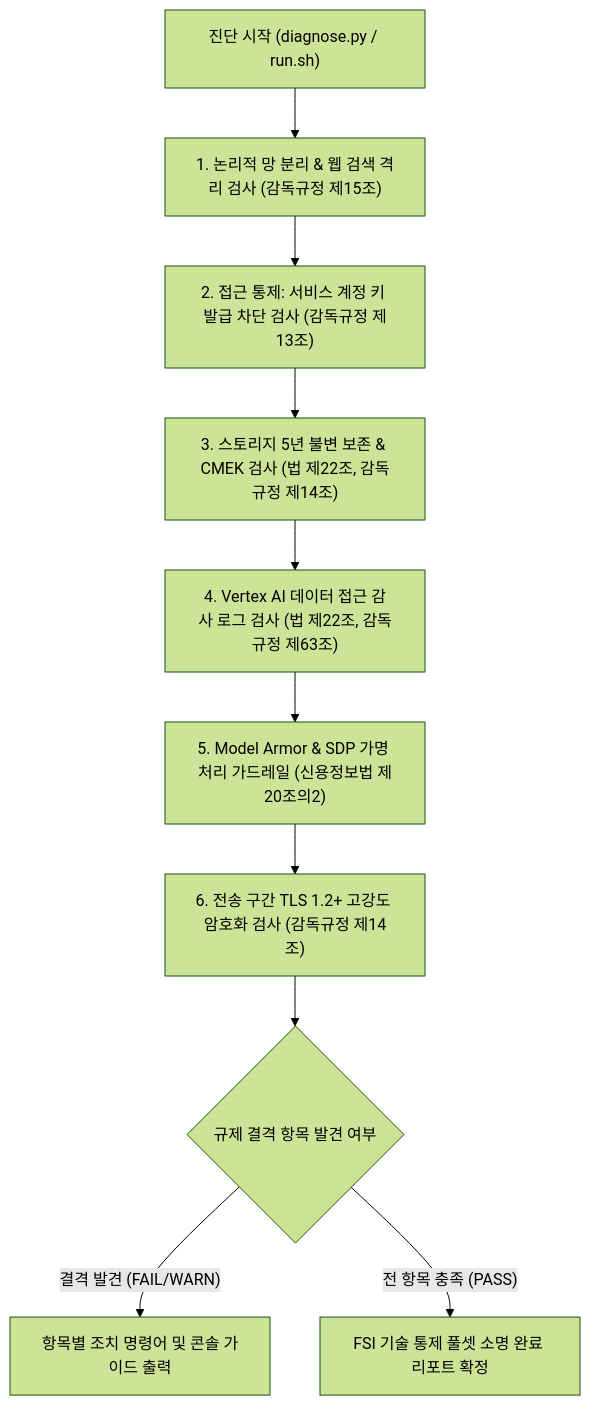
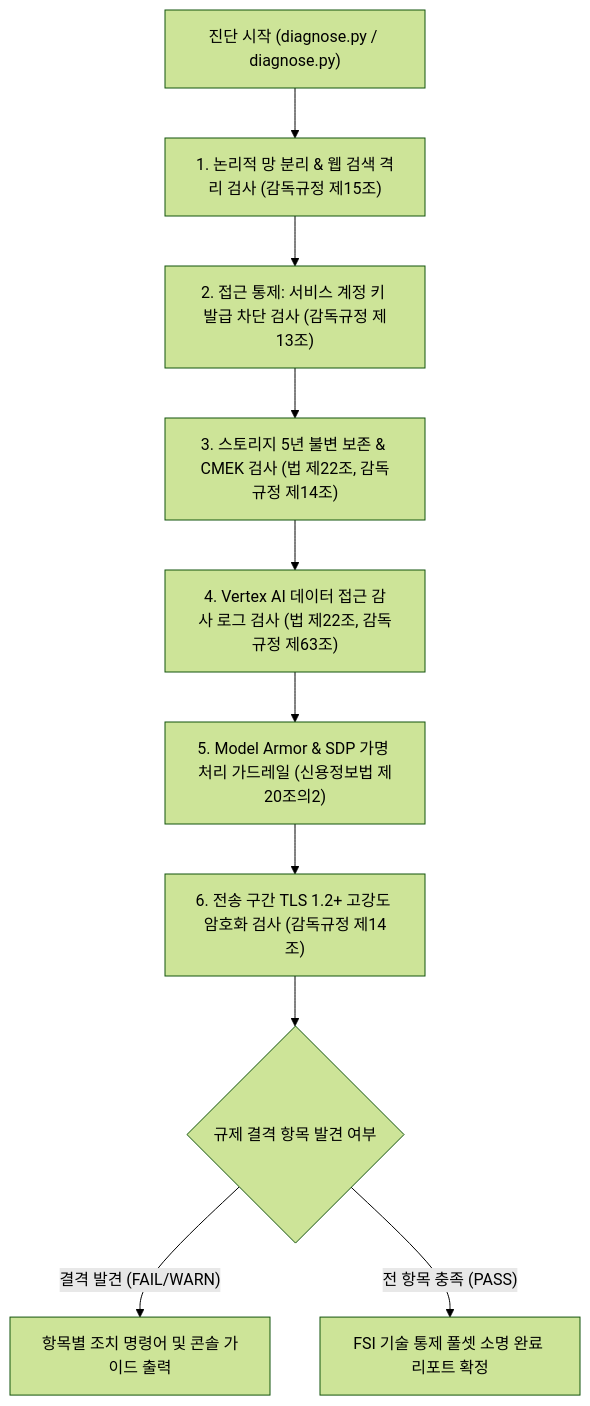
Before and after one commit to jiangjun-forge/google-cloud-0-to-1: the diagram in samples/korea-fsi-regulatory-perimeter-guard/README.md, drawn with Mermaid (forest theme). The commit also changed other lines of this file and 180 other files, not shown here.

````diff
--- a/samples/korea-fsi-regulatory-perimeter-guard/README.md
+++ b/samples/korea-fsi-regulatory-perimeter-guard/README.md
@@ -47,12 +47,12 @@
 ```mermaid
 flowchart TD
-    A["진단 시작 (diagnose.py / run.sh)"] --> B["1. 논리적 망 분리 & 웹 검색 격리 검사 (감독규정 제15조)"]
+    A["진단 시작 (diagnose.py / diagnose.py)"] --> B["1. 논리적 망 분리 & 웹 검색 격리 검사 (감독규정 제15조)"]
     B --> C["2. 접근 통제: 서비스 계정 키 발급 차단 검사 (감독규정 제13조)"]
     C --> D["3. 스토리지 5년 불변 보존 & CMEK 검사 (법 제22조, 감독규정 제14조)"]
     D --> E["4. Vertex AI 데이터 접근 감사 로그 검사 (법 제22조, 감독규정 제63조)"]
     E --> F["5. Model Armor & SDP 가명 처리 가드레일 (신용정보법 제20조의2)"]
     F --> G["6. 전송 구간 TLS 1.2+ 고강도 암호화 검사 (감독규정 제14조)"]
     G --> H{"규제 결격 항목 발견 여부"}
     H -- "결격 발견 (FAIL/WARN)" --> I["항목별 조치 명령어 및 콘솔 가이드 출력"]
     H -- "전 항목 충족 (PASS)" --> J["FSI 기술 통제 풀셋 소명 완료 리포트 확정"]
 ```
````
